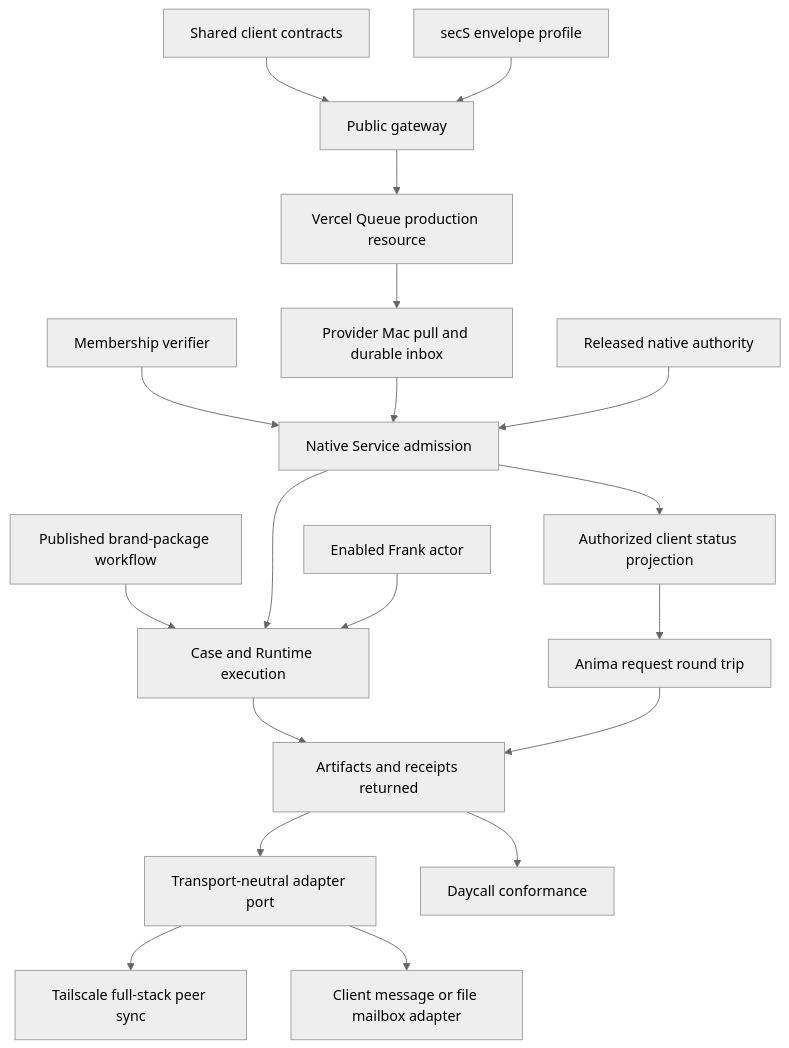
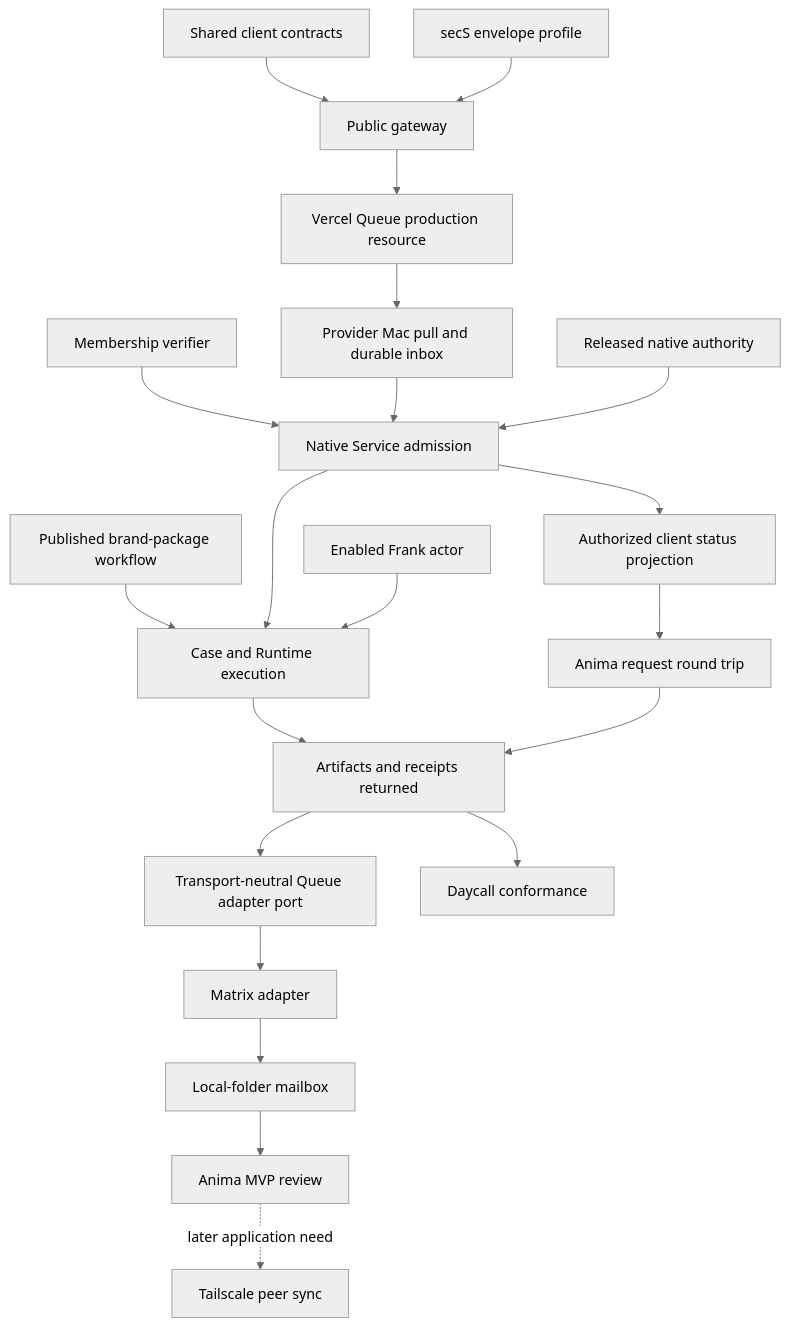
The diagram in docs/plans/2026-10-21-zenith-application-substrate-v1.md (ZenithResearch/zenith-hub-lightweight), drawn with Mermaid (neutral theme) before and after one commit. The commit also changed other lines of this file and 2 other files, not shown here.

Commit message:
docs: prioritize the Anima MVP delivery path

````diff
--- a/docs/plans/2026-10-21-zenith-application-substrate-v1.md
+++ b/docs/plans/2026-10-21-zenith-application-substrate-v1.md
@@ -252,21 +265,23 @@
 ```mermaid
 flowchart TD
     C[Shared client contracts] --> G[Public gateway]
     S[secS envelope profile] --> G
     G --> Q[Vercel Queue production resource]
     Q --> P[Provider Mac pull and durable inbox]
     M[Membership verifier] --> A[Native Service admission]
     P --> A
     N[Released native authority] --> A
     A --> R[Authorized client status projection]
     R --> F[Anima request round trip]
     W[Published brand-package workflow] --> E[Case and Runtime execution]
     A --> E
     X[Enabled Frank actor] --> E
     E --> D[Artifacts and receipts returned]
     F --> D
-    D --> Z[Transport-neutral adapter port]
-    Z --> T[Tailscale full-stack peer sync]
-    Z --> B[Client message or file mailbox adapter]
+    D --> Z[Transport-neutral Queue adapter port]
+    Z --> Mx[Matrix adapter]
+    Mx --> LF[Local-folder mailbox]
+    LF --> V[Anima MVP review]
+    V -. later application need .-> T[Tailscale peer sync]
     D --> Y[Daycall conformance]
 ```
````
